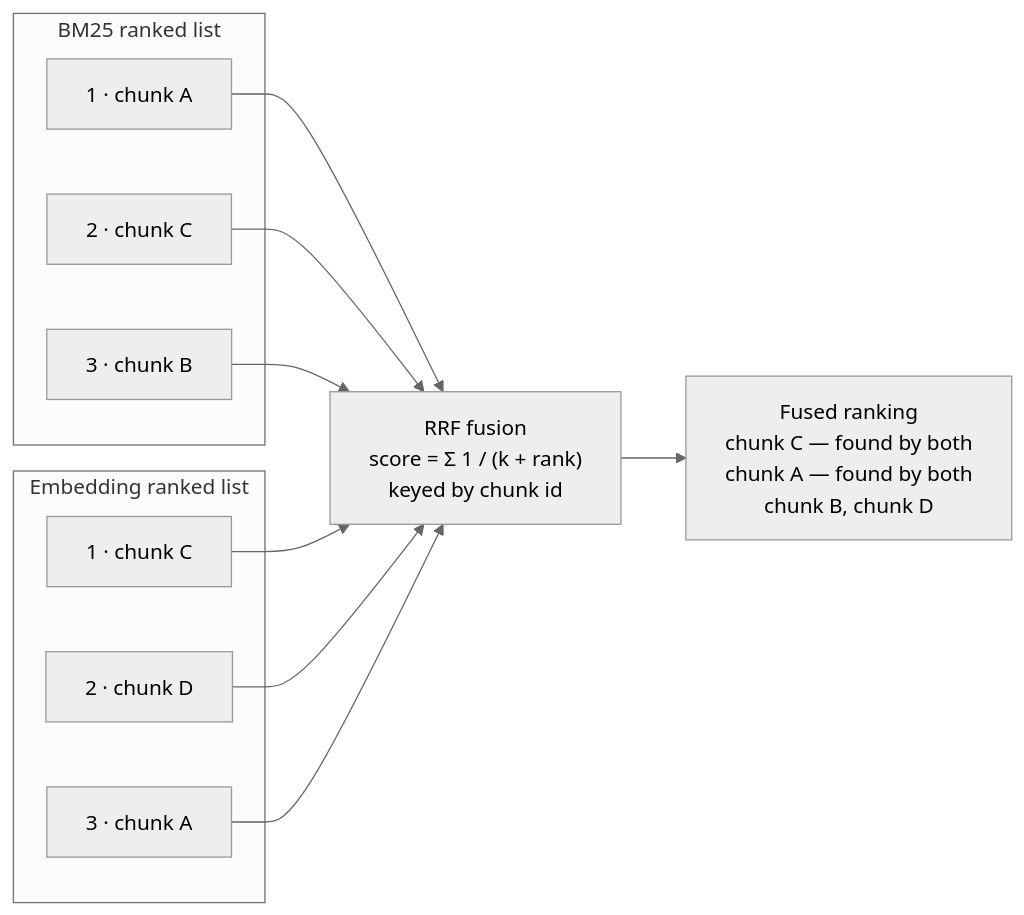
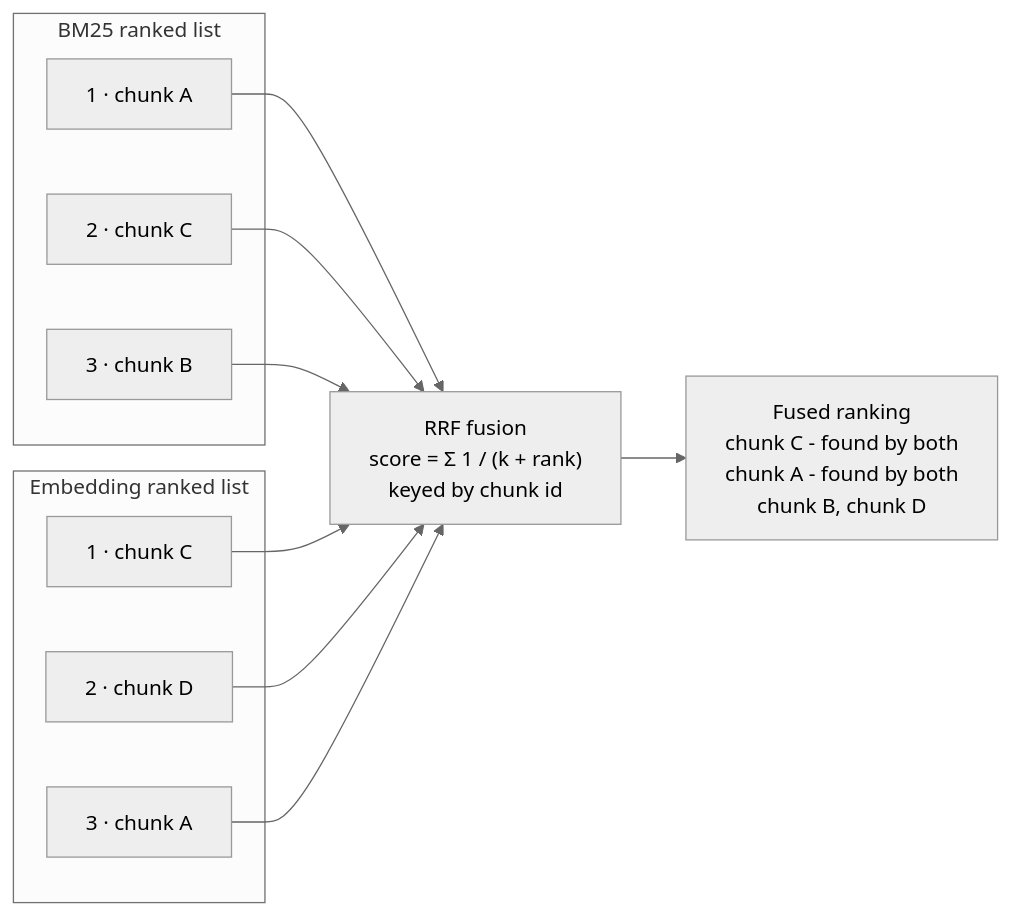
One commit to KittituchW/bbl-agentic-rag-test changed the second of 2 diagrams in README.md. Above: the diagram before and after it, drawn with Mermaid (neutral theme). The commit also changed other lines of this file, not shown here.

````diff
--- a/README.md
+++ b/README.md
@@ -267,20 +261,20 @@
 ```mermaid
 flowchart LR
     subgraph BM25["BM25 ranked list"]
         B1["1 · chunk A"]
         B2["2 · chunk C"]
         B3["3 · chunk B"]
     end
     subgraph EMB["Embedding ranked list"]
         E1["1 · chunk C"]
         E2["2 · chunk D"]
         E3["3 · chunk A"]
     end
     B1 --> F
     B2 --> F
     B3 --> F
     E1 --> F
     E2 --> F
     E3 --> F
-    F["RRF fusion<br/>score = Σ 1 / (k + rank)<br/>keyed by chunk id"] --> OUT["Fused ranking<br/>chunk C — found by both<br/>chunk A — found by both<br/>chunk B, chunk D"]
+    F["RRF fusion<br/>score = Σ 1 / (k + rank)<br/>keyed by chunk id"] --> OUT["Fused ranking<br/>chunk C - found by both<br/>chunk A - found by both<br/>chunk B, chunk D"]
 ```
````
